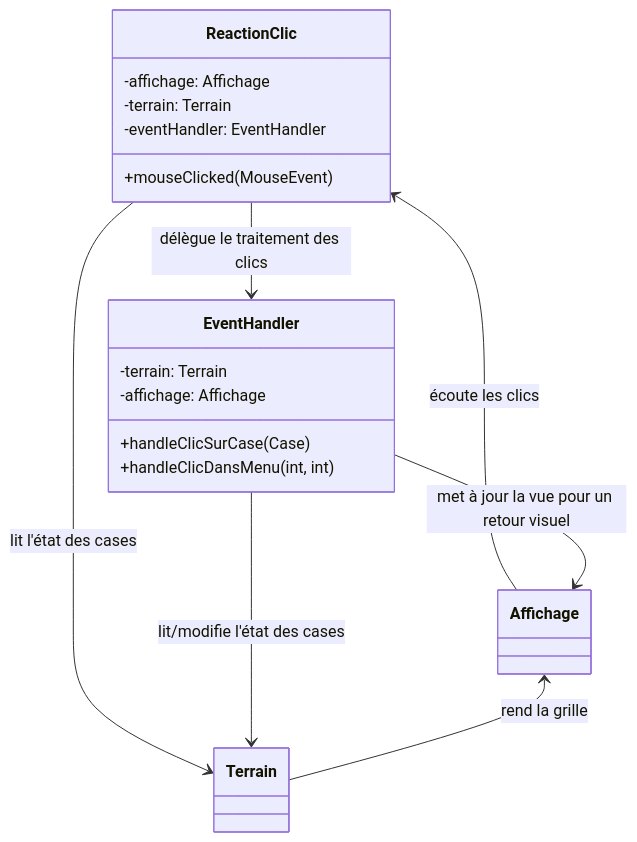
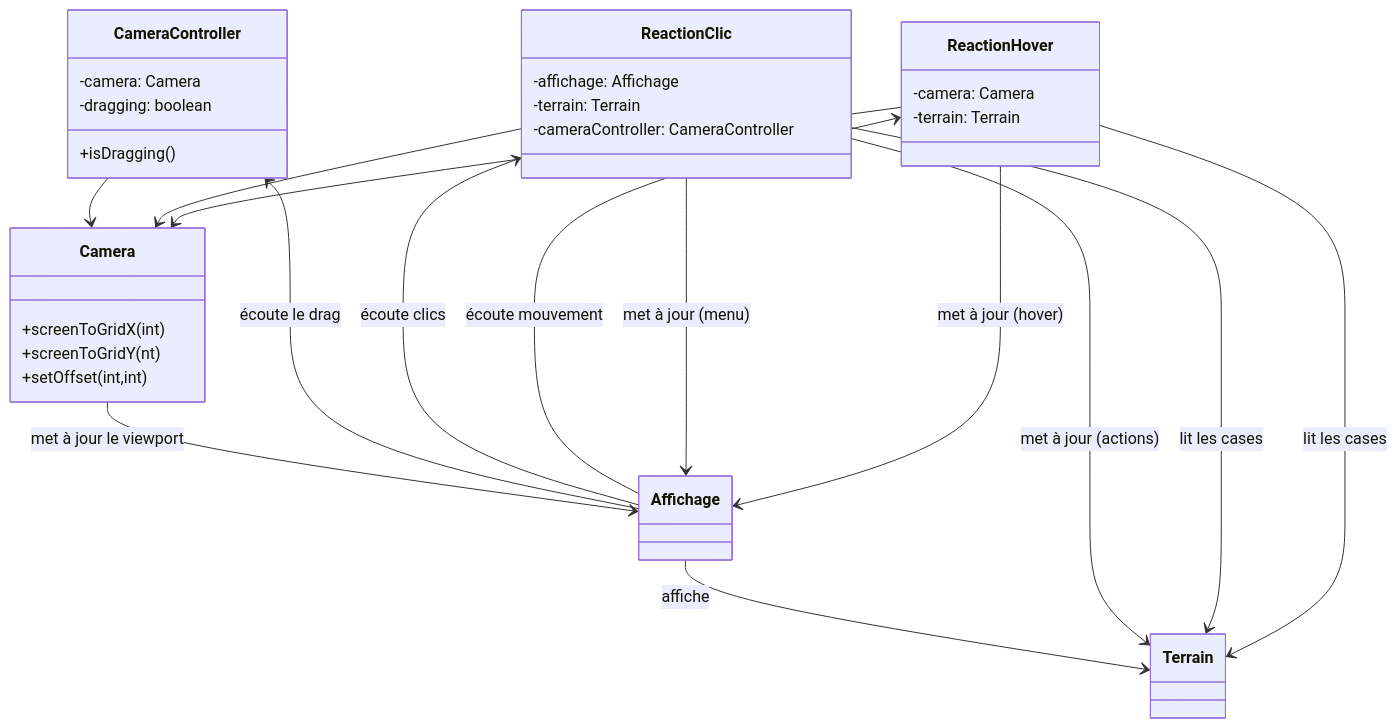
Before and after one commit to FattDoan/Projet-PCII-Groupe: the seventh of 8 diagrams in docs/Rapport.md, drawn with Mermaid. The commit also changed other lines of this file, not shown here.

````diff
--- a/docs/Rapport.md
+++ b/docs/Rapport.md
@@ -662,33 +712,59 @@
 ```mermaid
 classDiagram
+    %% Core
+    class Camera {
+        +screenToGridX(int)
+        +screenToGridY(nt)
+        +setOffset(int,int)
+    }
+
+    %% Controllers
+    class CameraController {
+        -camera: Camera
+        -dragging: boolean
+        +isDragging()
+    }
+
+    class ReactionClic {
+        -affichage: Affichage
+        -terrain: Terrain
+        -cameraController: CameraController
+    }
+
+    class ReactionHover {
+        -camera: Camera
+        -terrain: Terrain
+    }
+
     %% Model
     class Terrain {
     }
 
     %% View
-   class Affichage {
+    class Affichage {
     }
 
-    %% Controller
-    class ReactionClic {
-        -affichage: Affichage
-        -terrain: Terrain
-        -eventHandler: EventHandler
-        +mouseClicked(MouseEvent)
-    }
+    %% Camera dependency
+    CameraController --> Camera
+    ReactionClic --> Camera
+    ReactionHover --> Camera
+    Camera --> Affichage : met à jour le viewport
 
-    class EventHandler {
-        -terrain: Terrain
-        -affichage: Affichage
-        +handleClicSurCase(Case)
-        +handleClicDansMenu(int, int)
-    }
+    %% MVC Relationships
+    Affichage --> Terrain : affiche
+    ReactionClic --> Terrain : met à jour (actions)
 
-    %% Relations
-    ReactionClic <-- Affichage : écoute les clics
-    ReactionClic --> EventHandler : délègue le traitement des clics
-    ReactionClic --> Terrain : lit l'état des cases
-    EventHandler --> Terrain : lit/modifie l'état des cases
-    EventHandler --> Affichage : met à jour la vue pour un retour visuel
-    Affichage <-- Terrain : rend la grille
+    %% Controllers listen to view
+    CameraController <-- Affichage : écoute le drag
+    ReactionClic <-- Affichage : écoute clics
+    ReactionHover <-- Affichage : écoute mouvement
+
+    %% Controllers use model
+    ReactionClic --> Terrain : lit les cases
+    ReactionHover --> Terrain : lit les cases
+
+    %% Controllers update view
+    ReactionClic --> Affichage : met à jour (menu)
+    ReactionHover --> Affichage : met à jour (hover)
+   
 ```
````
